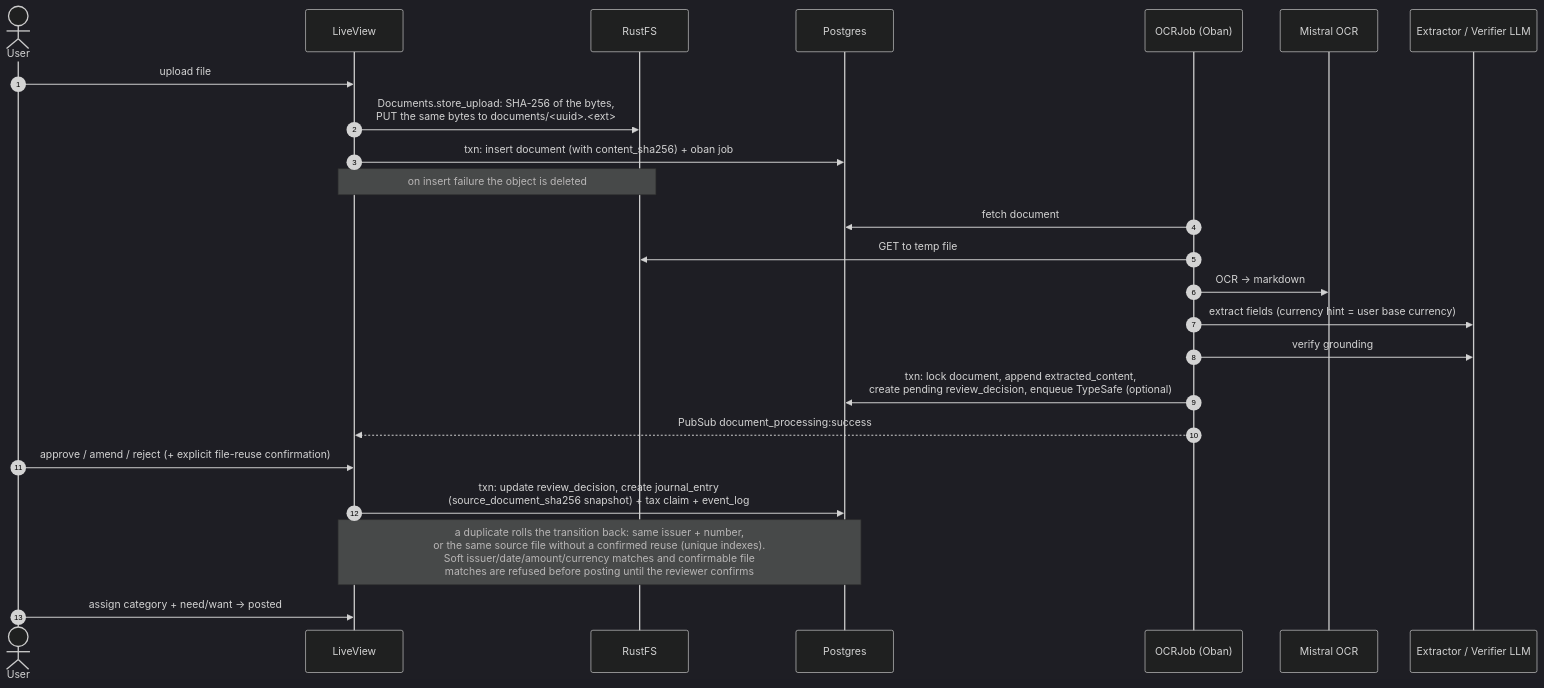
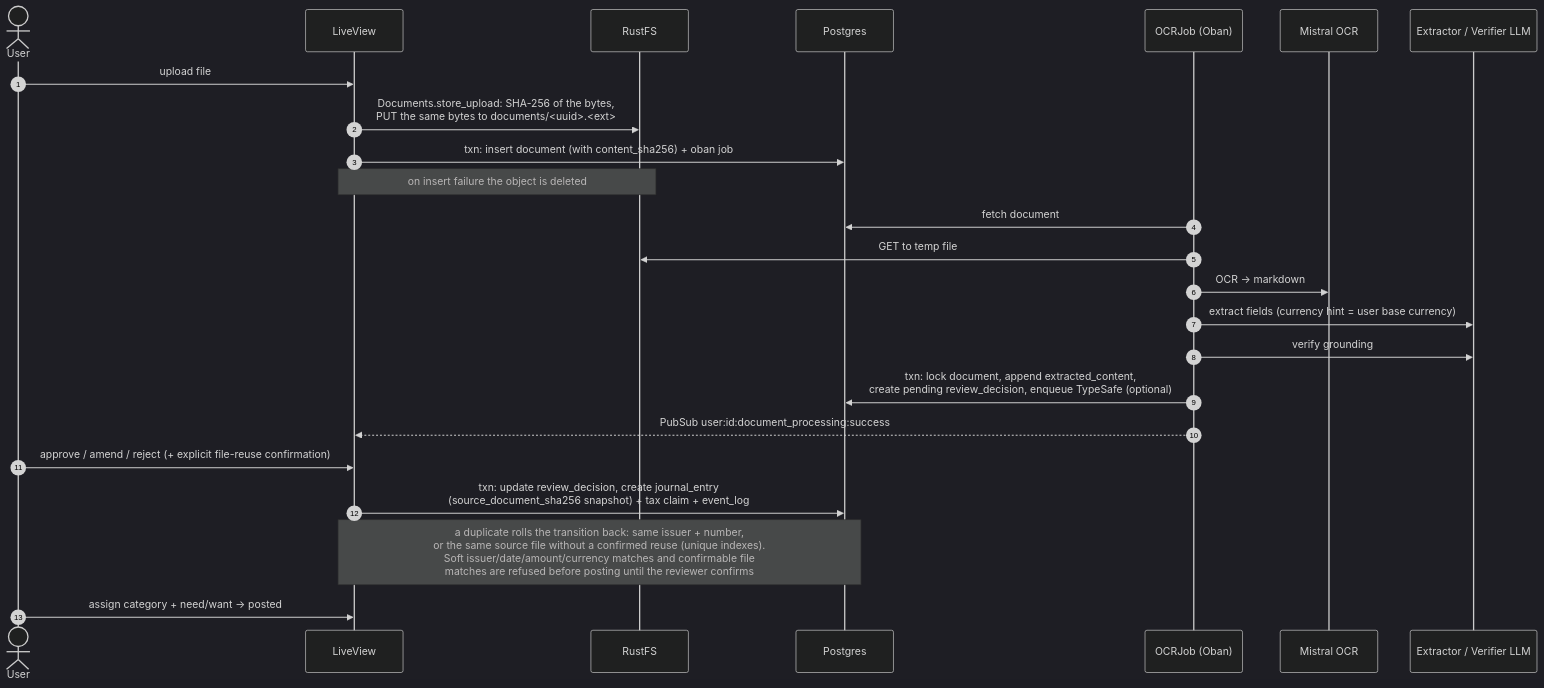
One commit to acramatte/zaimu-tomo changed the third of 6 diagrams in docs/architecture.md. Above: the diagram before and after it, drawn with Mermaid (dark theme). The commit also changed other lines of this file and 8 other files, not shown here.

First line of the commit message:
fix: scope document_processing PubSub events per owner

````diff
--- a/docs/architecture.md
+++ b/docs/architecture.md
@@ -172,27 +172,27 @@
 ```mermaid
 sequenceDiagram
     autonumber
     actor U as User
     participant LV as LiveView
     participant S3 as RustFS
     participant DB as Postgres
     participant J as OCRJob (Oban)
     participant M as Mistral OCR
     participant L as Extractor / Verifier LLM
 
     U->>LV: upload file
     LV->>S3: Documents.store_upload: SHA-256 of the bytes,<br/>PUT the same bytes to documents/<uuid>.<ext>
     LV->>DB: txn: insert document (with content_sha256) + oban job
     Note over LV,S3: on insert failure the object is deleted
     J->>DB: fetch document
     J->>S3: GET to temp file
     J->>M: OCR → markdown
     J->>L: extract fields (currency hint = user base currency)
     J->>L: verify grounding
     J->>DB: txn: lock document, append extracted_content,<br/>create pending review_decision, enqueue TypeSafe (optional)
-    J-->>LV: PubSub document_processing:success
+    J-->>LV: PubSub user:id:document_processing:success
     U->>LV: approve / amend / reject (+ explicit file-reuse confirmation)
     LV->>DB: txn: update review_decision, create journal_entry<br/>(source_document_sha256 snapshot) + tax claim + event_log
     Note over LV,DB: a duplicate rolls the transition back: same issuer + number,<br/>or the same source file without a confirmed reuse (unique indexes).<br/>Soft issuer/date/amount/currency matches and confirmable file<br/>matches are refused before posting until the reviewer confirms
     U->>LV: assign category + need/want → posted
 ```
````
